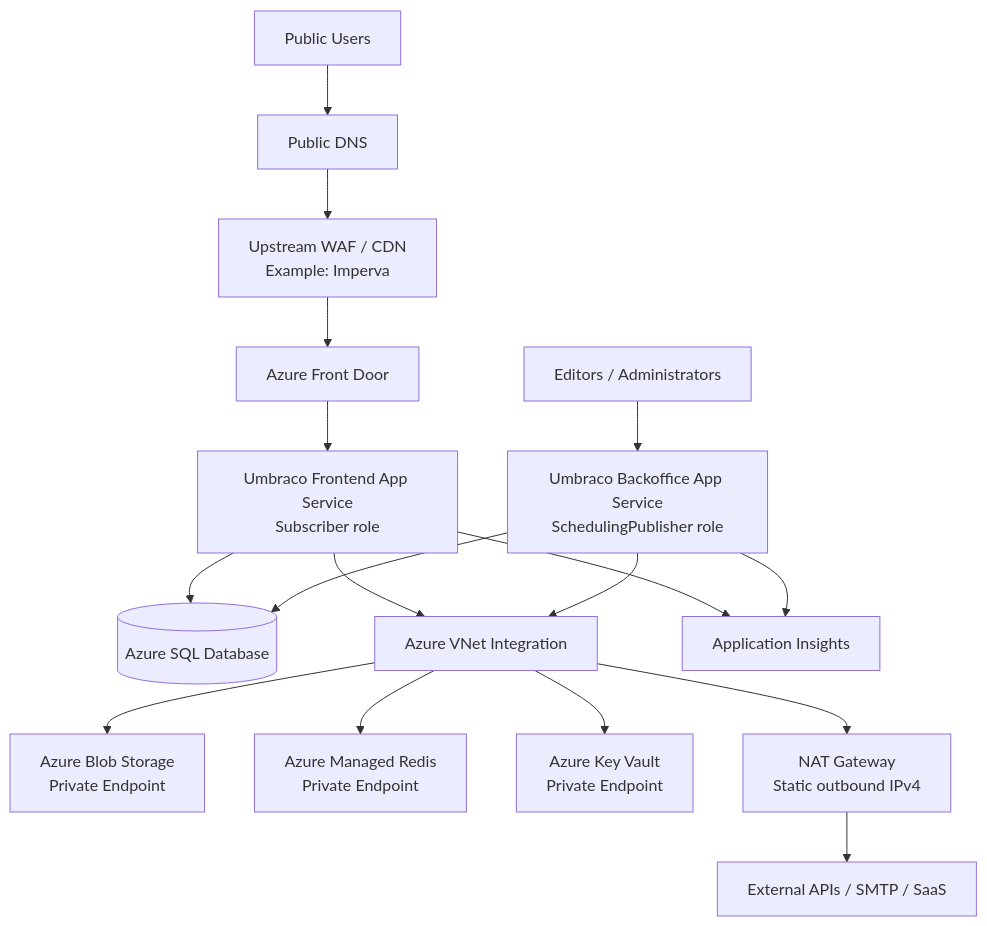
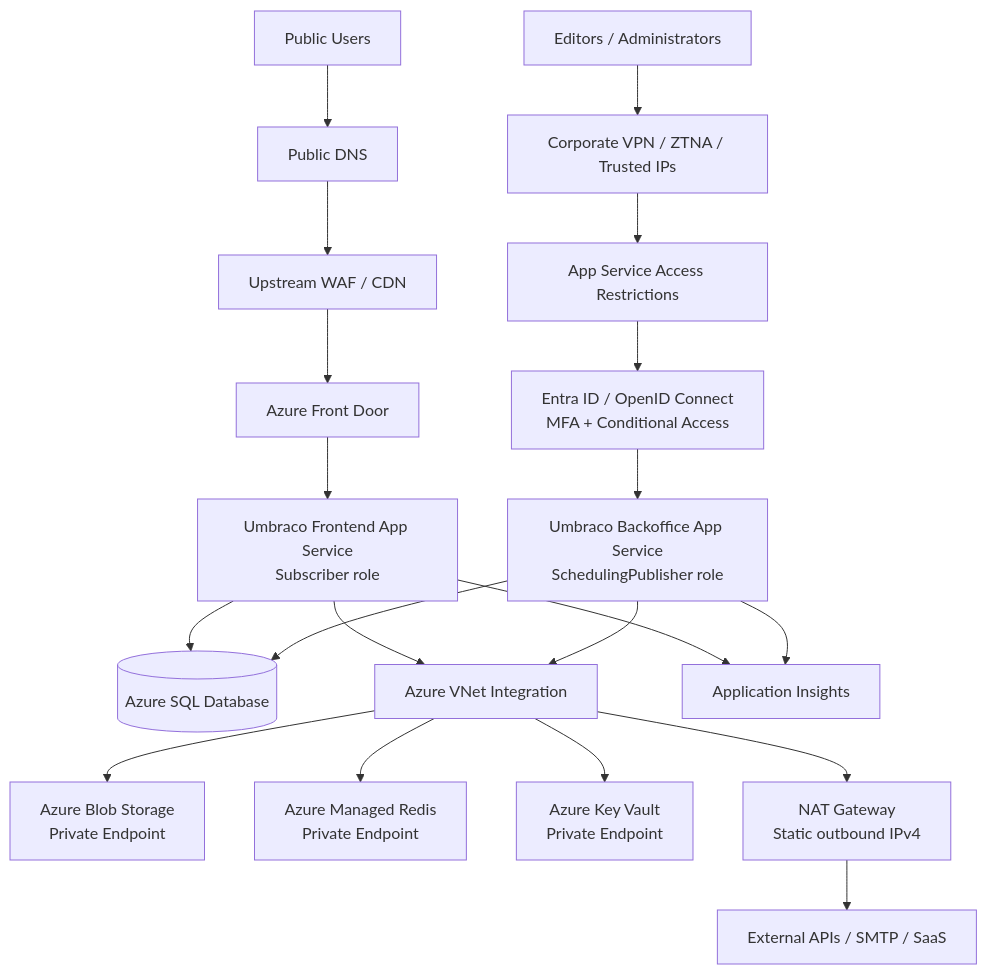
One commit to kiran-Shaji-Tech/umbraco-azure-reference-architecture changed the first of 2 diagrams in README.md. Above: the diagram before and after it, drawn with Mermaid. The commit also changed other lines of this file and 10 other files, not shown here.

````diff
--- a/README.md
+++ b/README.md
@@ -22,25 +37,28 @@
 ```mermaid
 flowchart TB
     U[Public Users] --> DNS[Public DNS]
-    DNS --> WAF[Upstream WAF / CDN\nExample: Imperva]
+    DNS --> WAF[Upstream WAF / CDN]
     WAF --> AFD[Azure Front Door]
-    AFD --> FE[Umbraco Frontend App Service\nSubscriber role]
+    AFD --> FE[Umbraco Frontend App Service<br/>Subscriber role]
 
-    E[Editors / Administrators] --> BE[Umbraco Backoffice App Service\nSchedulingPublisher role]
+    E[Editors / Administrators] --> ACCESS[Corporate VPN / ZTNA / Trusted IPs]
+    ACCESS --> IPGATE[App Service Access Restrictions]
+    IPGATE --> SSO[Entra ID / OpenID Connect<br/>MFA + Conditional Access]
+    SSO --> BE[Umbraco Backoffice App Service<br/>SchedulingPublisher role]
 
     FE --> SQL[(Azure SQL Database)]
     BE --> SQL
 
     FE --> VNET[Azure VNet Integration]
     BE --> VNET
 
-    VNET --> ST[Azure Blob Storage\nPrivate Endpoint]
-    VNET --> REDIS[Azure Managed Redis\nPrivate Endpoint]
-    VNET --> KV[Azure Key Vault\nPrivate Endpoint]
+    VNET --> ST[Azure Blob Storage<br/>Private Endpoint]
+    VNET --> REDIS[Azure Managed Redis<br/>Private Endpoint]
+    VNET --> KV[Azure Key Vault<br/>Private Endpoint]
 
-    VNET --> NAT[NAT Gateway\nStatic outbound IPv4]
+    VNET --> NAT[NAT Gateway<br/>Static outbound IPv4]
     NAT --> EXT[External APIs / SMTP / SaaS]
 
     FE --> AI[Application Insights]
     BE --> AI
 ```
````
